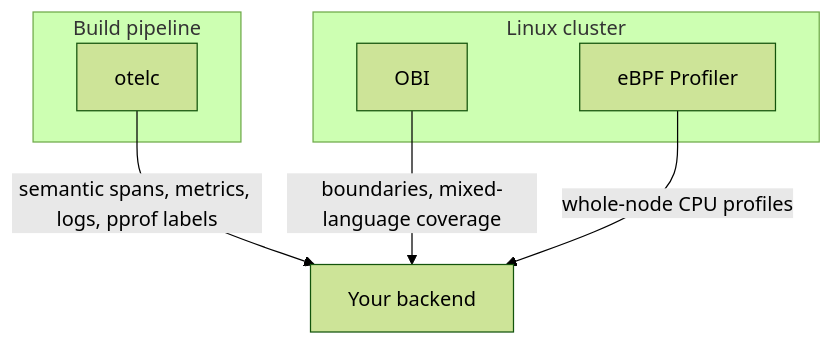
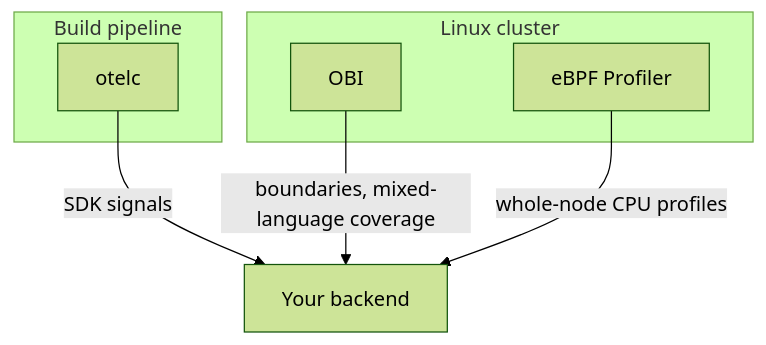
Diagram 14 of 15 in talks/without-a-single-line/slides/presentation.md (kakkoyun/golab-26), drawn with Mermaid (forest theme) before and after one commit. The commit also changed other lines of this file and 4 other files, not shown here.

````diff
--- a/talks/without-a-single-line/slides/presentation.md
+++ b/talks/without-a-single-line/slides/presentation.md
@@ -1218,13 +1168,13 @@
 ```mermaid
 flowchart TD
     subgraph Build [Build pipeline]
         A[otelc]
     end
     subgraph Linux [Linux cluster]
         B[OBI]
         C[eBPF Profiler]
     end
-    A -->|semantic spans, metrics, logs, pprof labels| OUT[Your backend]
+    A -->|SDK signals| OUT[Your backend]
     B -->|boundaries, mixed-language coverage| OUT
     C -->|whole-node CPU profiles| OUT
 ```
````
